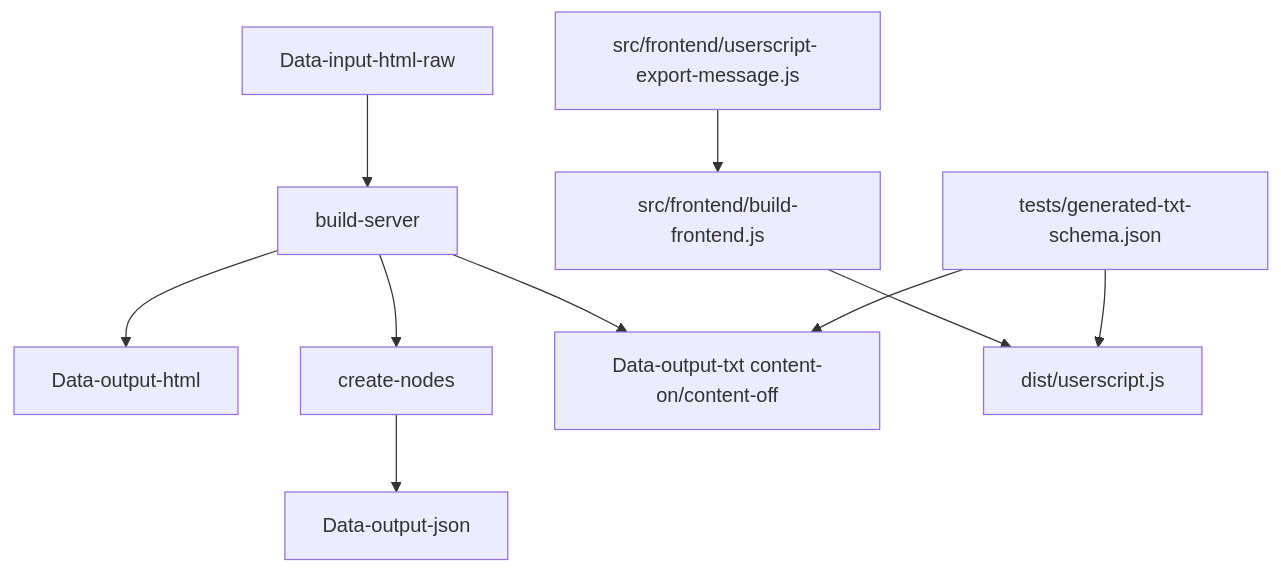
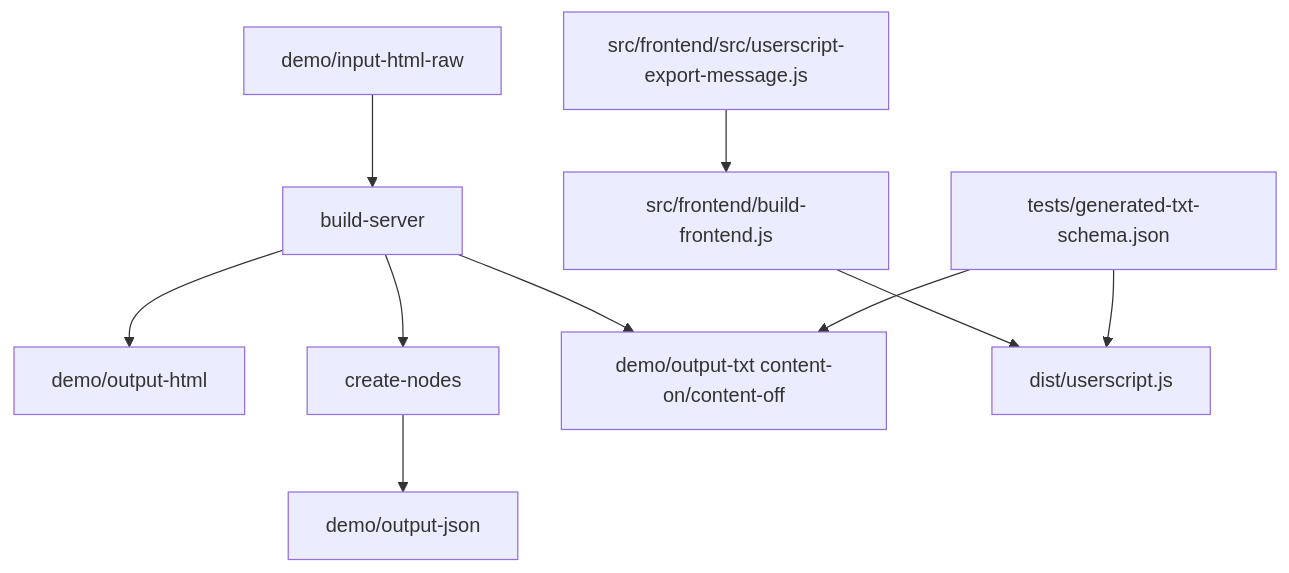
Before and after one commit to klipolis/fb-chat-export: the diagram in docs/README.md, drawn with Mermaid. The commit also changed other lines of this file and 92 other files, not shown here.

````diff
--- a/docs/README.md
+++ b/docs/README.md
@@ -7,12 +7,12 @@
 ```mermaid
 flowchart TD
-	A[Data-input-html-raw] --> B[build-server]
-	B --> C[Data-output-html]
+	A[demo/input-html-raw] --> B[build-server]
+	B --> C[demo/output-html]
 	B --> D[create-nodes]
-	D --> E[Data-output-json]
-	B --> F[Data-output-txt content-on/content-off]
-	G[src/frontend/userscript- export-message.js] --> H[src/frontend/build-frontend.js]
+	D --> E[demo/output-json]
+	B --> F[demo/output-txt content-on/content-off]
+	G[src/frontend/src/userscript-export-message.js] --> H[src/frontend/build-frontend.js]
 	H --> I[dist/userscript.js]
 	J[tests/generated-txt-schema.json] --> F
 	J --> I
 ```
````
